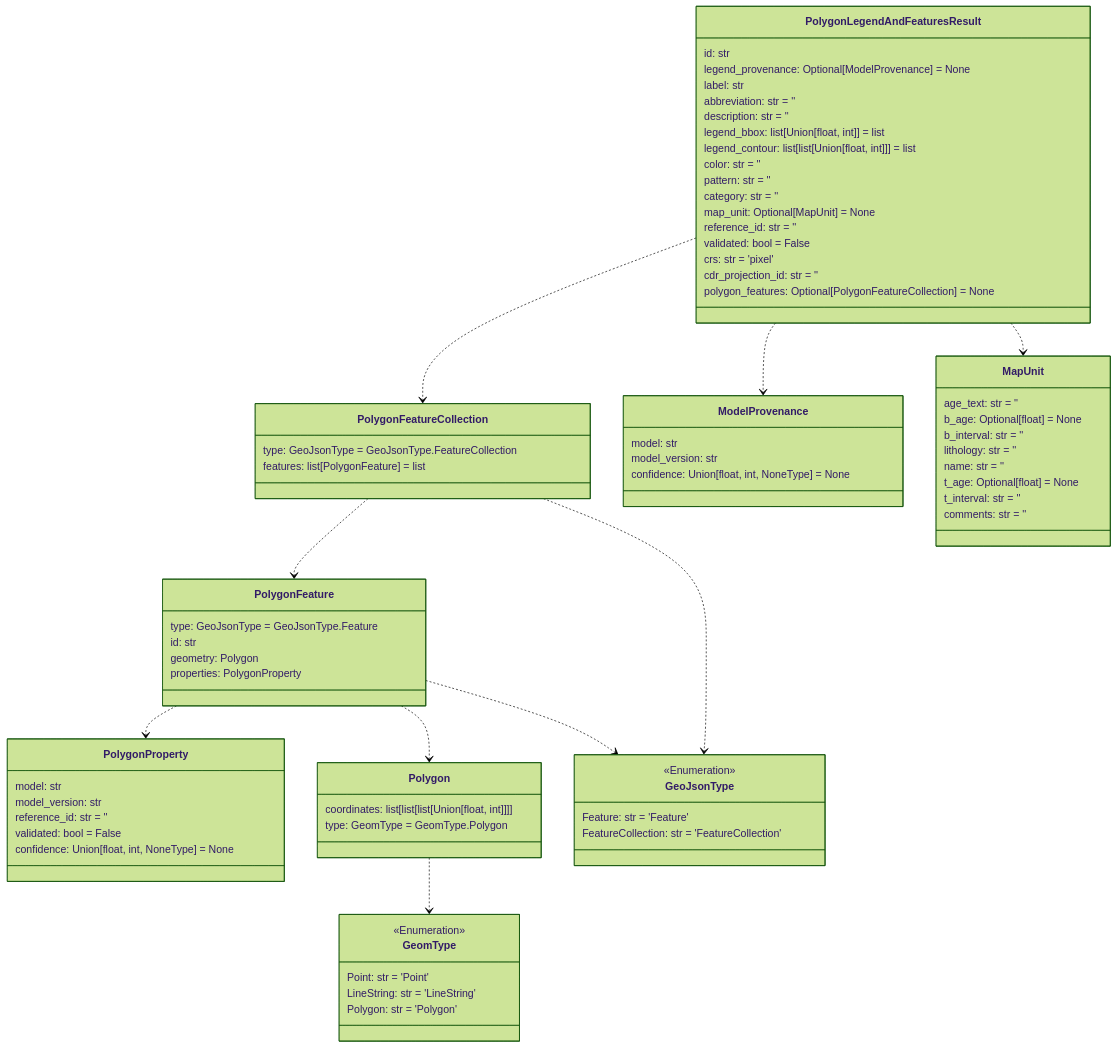
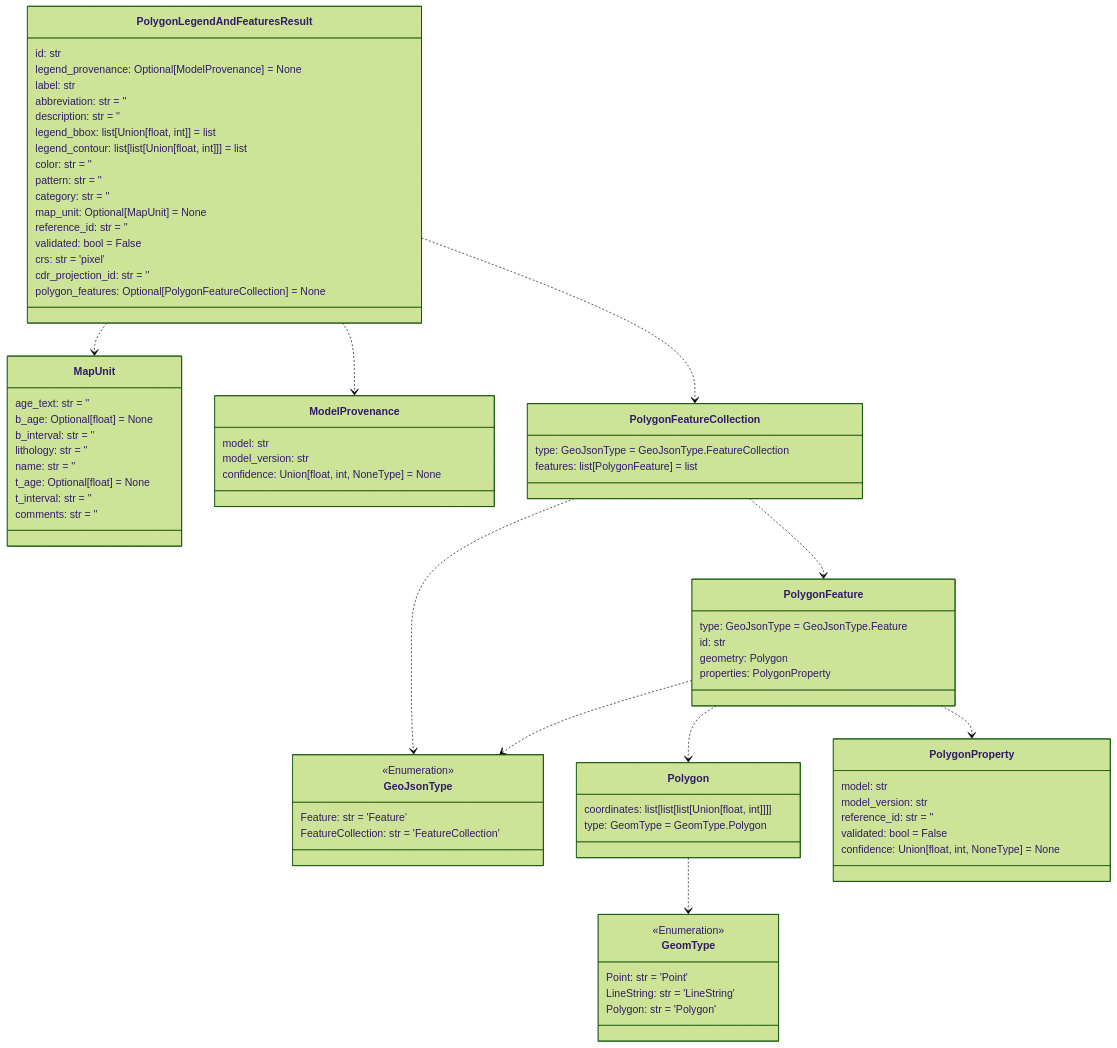
One commit to DARPA-CRITICALMAAS/cdr_schemas changed the seventh of 14 diagrams in README.md. Above: the diagram before and after it, drawn with Mermaid (forest theme). The commit also changed other lines of this file and 1 other file, not shown here.

````diff
--- a/README.md
+++ b/README.md
@@ -543,5 +543,16 @@
 ```mermaid
 classDiagram
+
+    class MapUnit {
+        age_text: str = ''
+        b_age: Optional[float] = None
+        b_interval: str = ''
+        lithology: str = ''
+        name: str = ''
+        t_age: Optional[float] = None
+        t_interval: str = ''
+        comments: str = ''
+    }
 
     class PolygonLegendAndFeaturesResult {
         id: str
@@ -562,9 +573,10 @@
         polygon_features: Optional[PolygonFeatureCollection] = None
     }
 
-    class PolygonFeatureCollection {
-        type: GeoJsonType = GeoJsonType.FeatureCollection
-        features: list[PolygonFeature] = list
+    class GeoJsonType {
+        <<Enumeration>>
+        Feature: str = 'Feature'
+        FeatureCollection: str = 'FeatureCollection'
     }
 
     class PolygonFeature {
@@ -574,9 +586,11 @@
         properties: PolygonProperty
     }
 
-    class Polygon {
-        coordinates: list[list[list[Union[float, int]]]]
-        type: GeomType = GeomType.Polygon
+    class GeomType {
+        <<Enumeration>>
+        Point: str = 'Point'
+        LineString: str = 'LineString'
+        Polygon: str = 'Polygon'
     }
 
     class ModelProvenance {
@@ -585,28 +599,14 @@
         confidence: Union[float, int, NoneType] = None
     }
 
-    class GeomType {
-        <<Enumeration>>
-        Point: str = 'Point'
-        LineString: str = 'LineString'
-        Polygon: str = 'Polygon'
+    class Polygon {
+        coordinates: list[list[list[Union[float, int]]]]
+        type: GeomType = GeomType.Polygon
     }
 
-    class GeoJsonType {
-        <<Enumeration>>
-        Feature: str = 'Feature'
-        FeatureCollection: str = 'FeatureCollection'
-    }
-
-    class MapUnit {
-        age_text: str = ''
-        b_age: Optional[float] = None
-        b_interval: str = ''
-        lithology: str = ''
-        name: str = ''
-        t_age: Optional[float] = None
-        t_interval: str = ''
-        comments: str = ''
+    class PolygonFeatureCollection {
+        type: GeoJsonType = GeoJsonType.FeatureCollection
+        features: list[PolygonFeature] = list
     }
 
     class PolygonProperty {
@@ -618,14 +618,14 @@
     }
 
     Polygon ..> GeomType
+    PolygonFeature ..> Polygon
     PolygonFeature ..> PolygonProperty
-    PolygonFeature ..> Polygon
     PolygonFeature ..> GeoJsonType
+    PolygonFeatureCollection ..> GeoJsonType
     PolygonFeatureCollection ..> PolygonFeature
-    PolygonFeatureCollection ..> GeoJsonType
-    PolygonLegendAndFeaturesResult ..> PolygonFeatureCollection
     PolygonLegendAndFeaturesResult ..> ModelProvenance
     PolygonLegendAndFeaturesResult ..> MapUnit
+    PolygonLegendAndFeaturesResult ..> PolygonFeatureCollection
 
 
 ```
````
